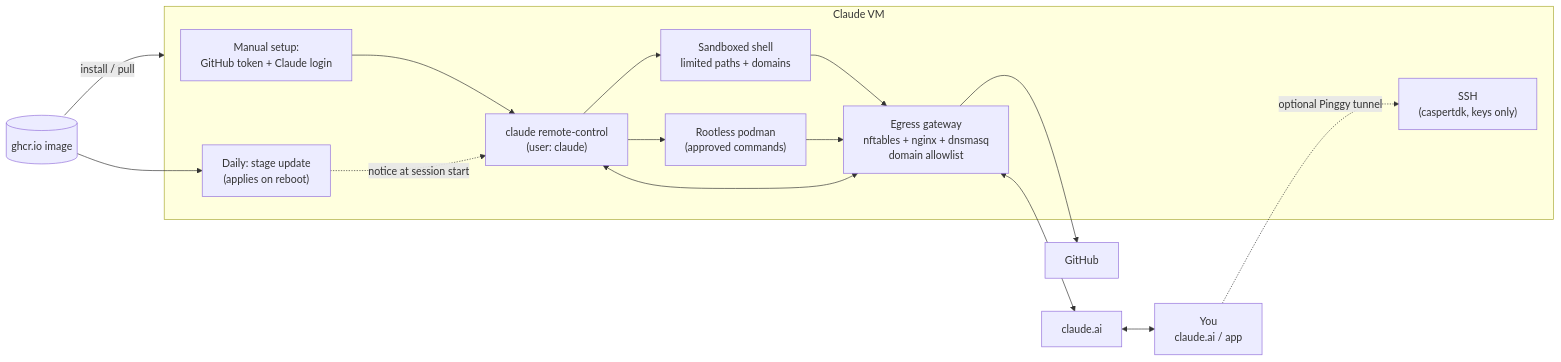
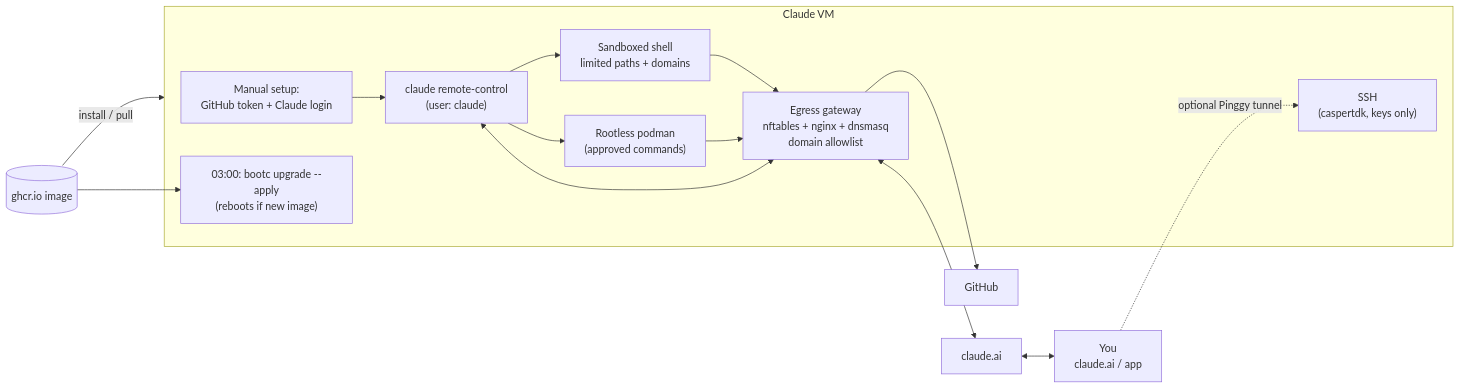
The diagram in docs/claude-vm/README.md (cthtrifork/homeserver-bootc), drawn with Mermaid before and after one commit. The commit also changed other lines of this file and 4 other files, not shown here.

Commit message:
claude-vm: run bootc upgrade --apply nightly at 03:00

````diff
--- a/docs/claude-vm/README.md
+++ b/docs/claude-vm/README.md
@@ -12,31 +12,30 @@
 ```mermaid
 flowchart LR
     REG[("ghcr.io image")]
     YOU["You<br/>claude.ai / app"]
     ANTH["claude.ai"]
     GH["GitHub"]
 
     subgraph VM["Claude VM"]
         SETUP["Manual setup:<br/>GitHub token + Claude login"]
         RC["claude remote-control<br/>(user: claude)"]
         SB["Sandboxed shell<br/>limited paths + domains"]
         POD["Rootless podman<br/>(approved commands)"]
         GW["Egress gateway<br/>nftables + nginx + dnsmasq<br/>domain allowlist"]
-        UPD["Daily: stage update<br/>(applies on reboot)"]
+        UPD["03:00: bootc upgrade --apply<br/>(reboots if new image)"]
         SSH["SSH<br/>(caspertdk, keys only)"]
     end
 
     REG -->|install / pull| VM
     SETUP --> RC
     RC --> SB
     RC --> POD
     SB --> GW
     POD --> GW
     RC <--> GW
     GW --> GH
     GW <--> ANTH
     ANTH <--> YOU
     REG --> UPD
-    UPD -.->|notice at session start| RC
-    YOU -.->|"optional Pinggy tunnel"| SSH
+        YOU -.->|"optional Pinggy tunnel"| SSH
 ```
````
